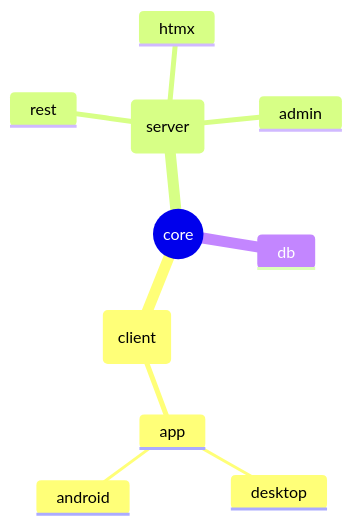
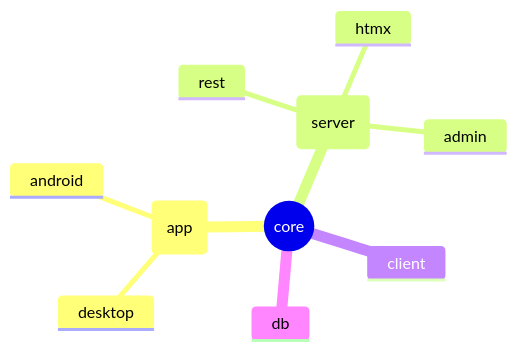
Before and after one commit to bjhham/ktor-chat: the diagram in README.md, drawn with Mermaid.

Commit message:
Move nodes

````diff
--- a/README.md
+++ b/README.md
@@ -27,13 +27,13 @@
 ```mermaid
 mindmap
   root((core))
-    id(client)
-      app
-        desktop
-        android
+    id(app)
+      desktop
+      android
     id(server)
       rest
       htmx
       admin
+    client
     db
 ```
````
